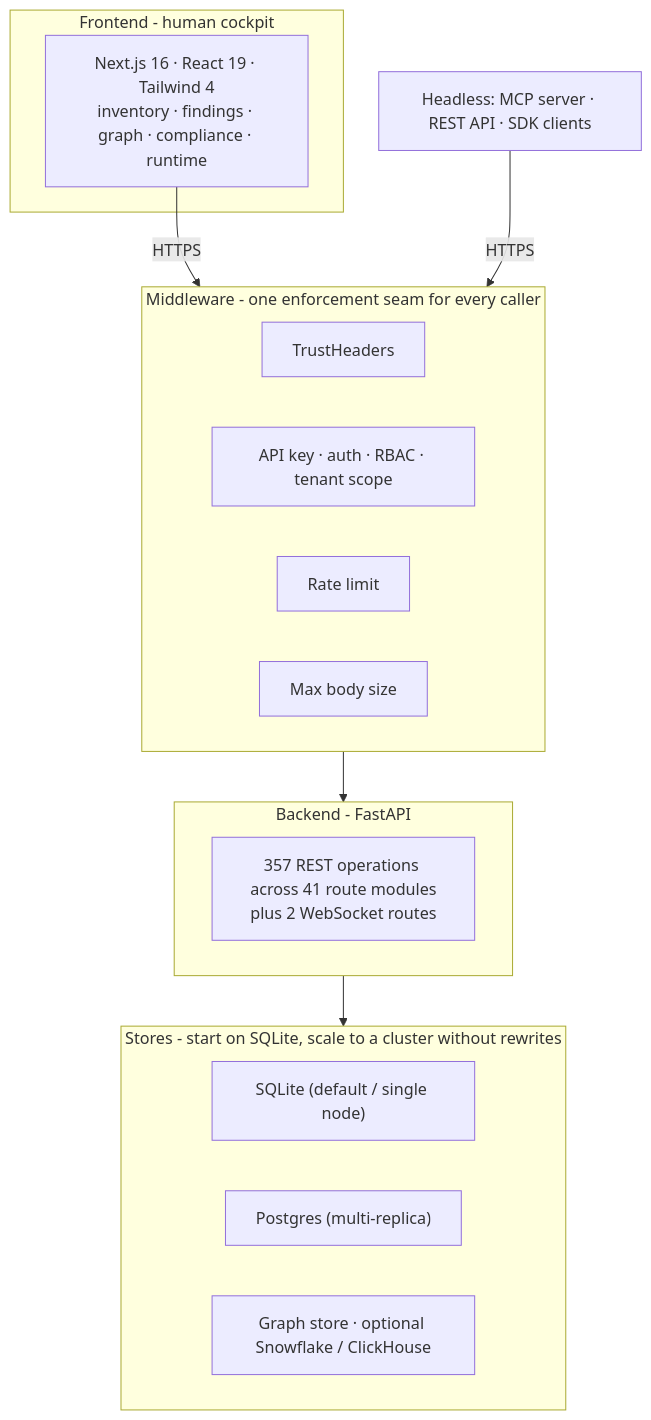
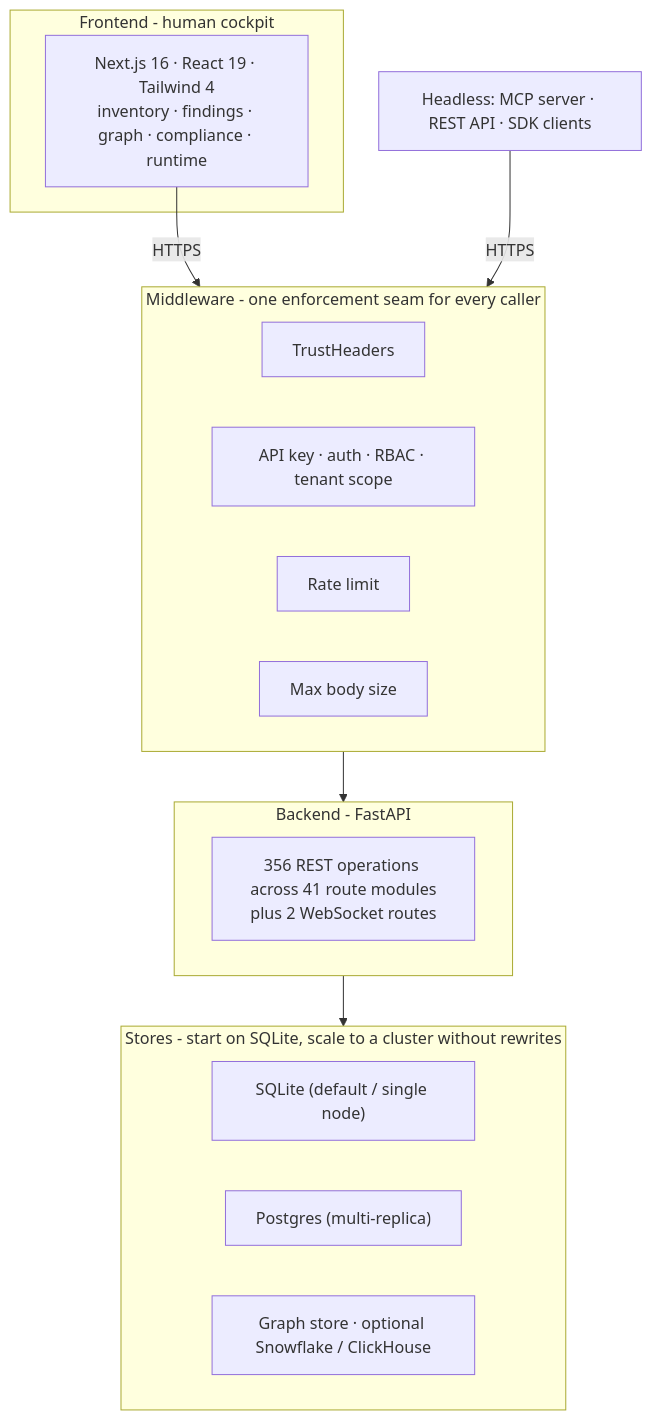
One commit to msaad00/agent-bom changed the fourth of 9 diagrams in docs/ARCHITECTURE.md. Above: the diagram before and after it, drawn with Mermaid. The commit also changed 18 other files, not shown here.

````diff
--- a/docs/ARCHITECTURE.md
+++ b/docs/ARCHITECTURE.md
@@ -146,26 +146,26 @@
 ```mermaid
 flowchart TB
     subgraph FE["Frontend - human cockpit"]
         UI["Next.js 16 · React 19 · Tailwind 4\ninventory · findings · graph · compliance · runtime"]
     end
     subgraph MW["Middleware - one enforcement seam for every caller"]
         M1["TrustHeaders"]
         M2["API key · auth · RBAC · tenant scope"]
         M3["Rate limit"]
         M4["Max body size"]
     end
     subgraph BE["Backend - FastAPI"]
-        R["357 REST operations across 41 route modules\nplus 2 WebSocket routes"]
+        R["356 REST operations across 41 route modules\nplus 2 WebSocket routes"]
     end
     subgraph ST["Stores - start on SQLite, scale to a cluster without rewrites"]
         S1["SQLite (default / single node)"]
         S2["Postgres (multi-replica)"]
         S3["Graph store · optional Snowflake / ClickHouse"]
     end
 
     EXTAGENT["Headless: MCP server · REST API · SDK clients"]
 
     UI -->|HTTPS| MW
     EXTAGENT -->|HTTPS| MW
     MW --> BE --> ST
 ```
````
